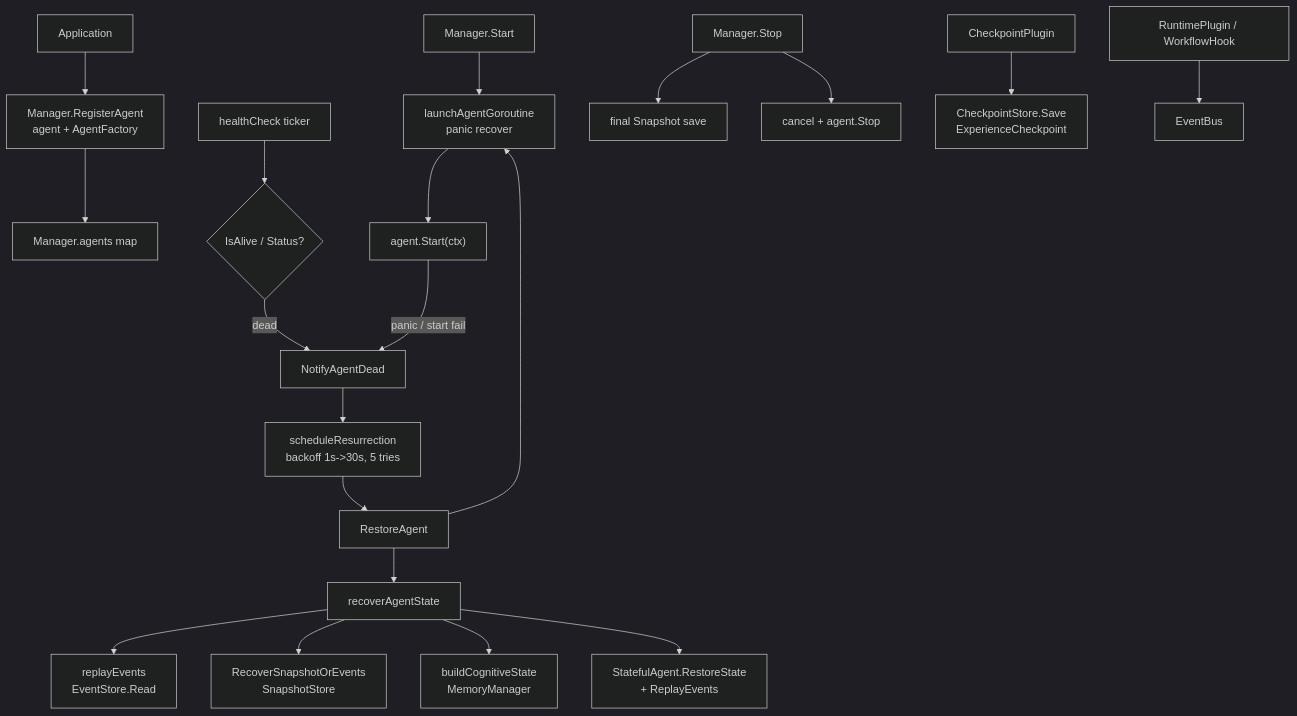
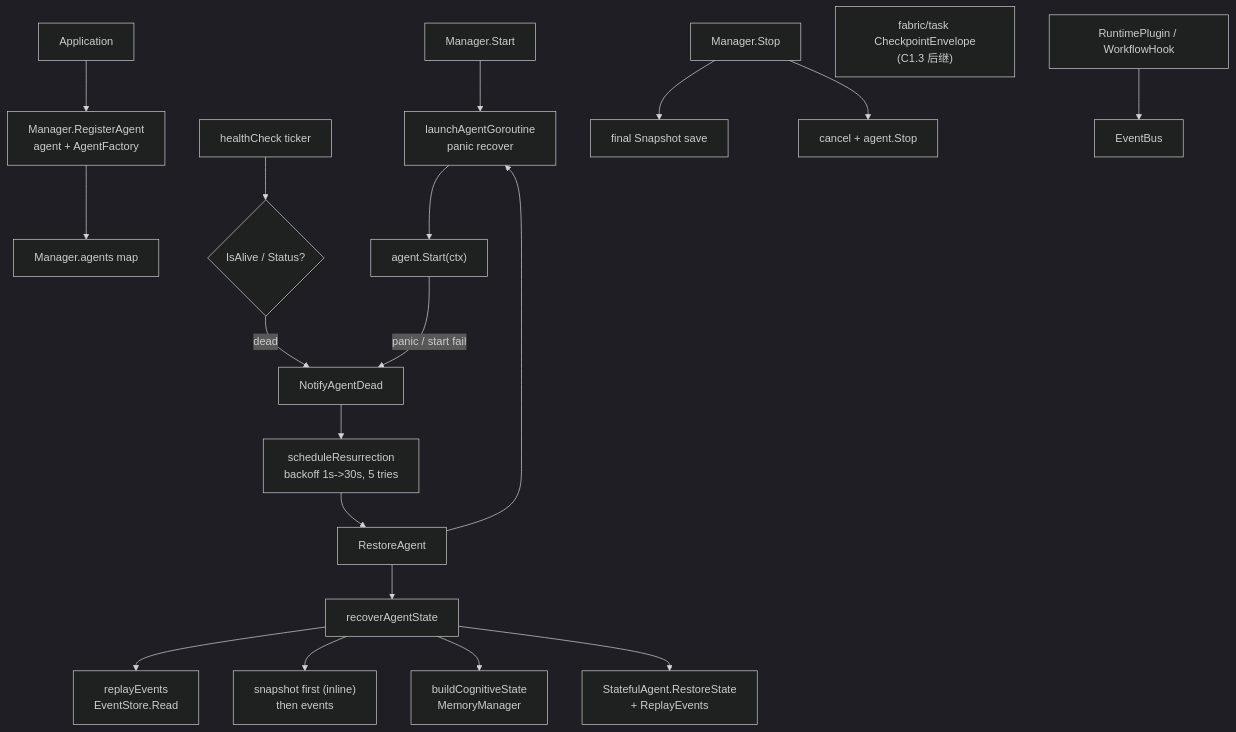
One commit to Timwood0x10/ARES_Docs changed the diagram in content/modules/ares_runtime.zh.md. Above: the diagram before and after it, drawn with Mermaid (dark theme). The commit also changed other lines of this file and 75 other files, not shown here.

Commit message:
docs(architecture): Update runtime layering and ARES Kernel documentation

````diff
--- a/content/modules/ares_runtime.zh.md
+++ b/content/modules/ares_runtime.zh.md
@@ -35,22 +44,22 @@
 ```mermaid
 flowchart TD
     APP["Application"] --> RG["Manager.RegisterAgent<br/>agent + AgentFactory"]
     RG --> M["Manager.agents map"]
     ST["Manager.Start"] --> L["launchAgentGoroutine<br/>panic recover"]
     L --> AG["agent.Start(ctx)"]
     HC["healthCheck ticker"] --> AL{"IsAlive / Status?"}
     AL -- dead --> NAD["NotifyAgentDead"]
     AG -- panic / start fail --> NAD
     NAD --> SR["scheduleResurrection<br/>backoff 1s->30s, 5 tries"]
     SR --> RA["RestoreAgent"]
     RA --> RC["recoverAgentState"]
     RC --> RPL["replayEvents<br/>EventStore.Read"]
-    RC --> SNAP["RecoverSnapshotOrEvents<br/>SnapshotStore"]
+    RC --> SNAP["snapshot first (inline)<br/>then events"]
     RC --> COG["buildCognitiveState<br/>MemoryManager"]
     RC --> RS["StatefulAgent.RestoreState<br/>+ ReplayEvents"]
     RA --> L
     STOP["Manager.Stop"] --> FS["final Snapshot save"]
     STOP --> CST["cancel + agent.Stop"]
-    CP["CheckpointPlugin"] --> CK["CheckpointStore.Save<br/>ExperienceCheckpoint"]
+    CK["fabric/task CheckpointEnvelope<br/>(C1.3 后继)"]
     PLG["RuntimePlugin / WorkflowHook"] --> BUS["EventBus"]
 ```
````
